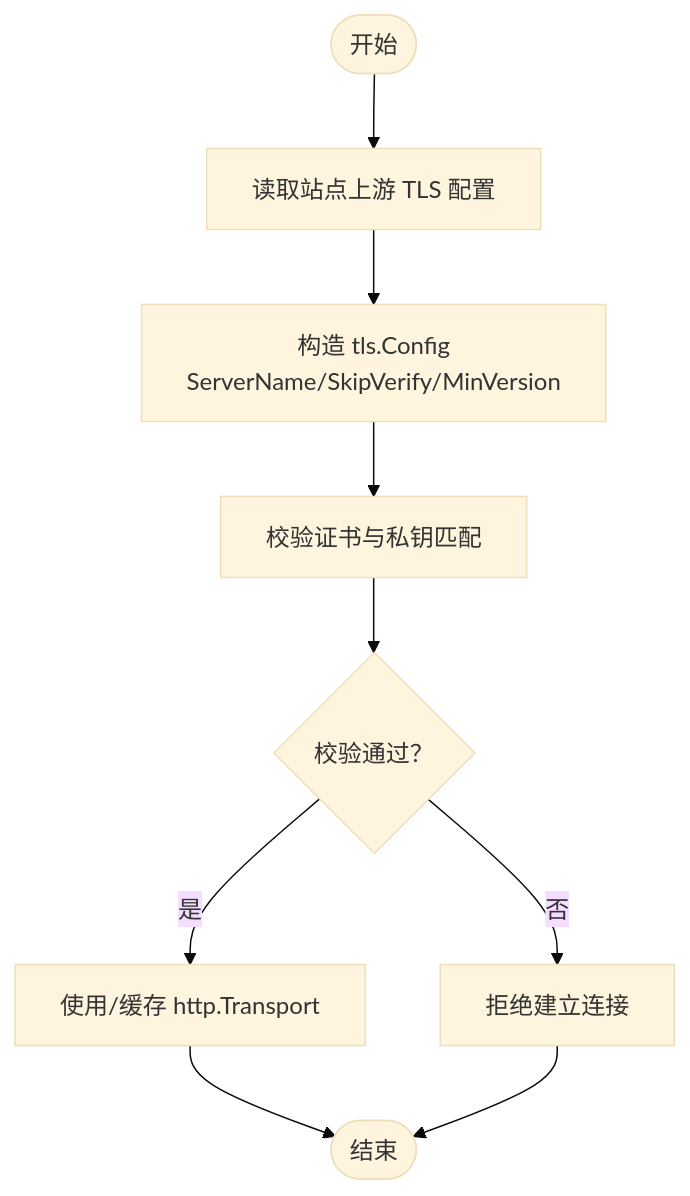
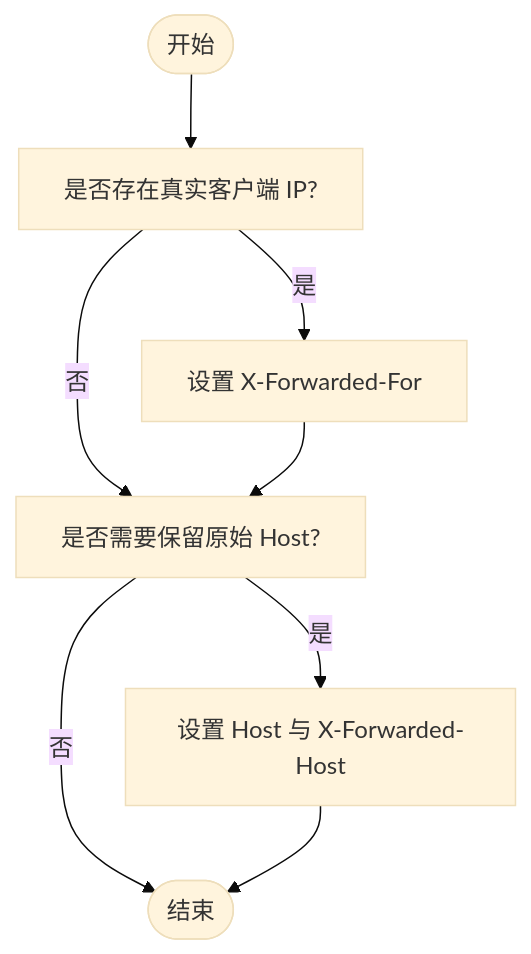
Before and after one commit to x01n/My-OpenWaf: the third of 8 diagrams in docs/安全机制/出站安全控制.md, drawn with Mermaid (base theme). The commit also changed other lines of this file and 199 other files, not shown here.

````diff
--- a/docs/安全机制/出站安全控制.md
+++ b/docs/安全机制/出站安全控制.md
@@ -172,11 +143,10 @@
 ```mermaid
 flowchart TD
-Start(["开始"]) --> CheckTLS["读取站点上游 TLS 配置"]
-CheckTLS --> BuildCfg["构造 tls.Config<br/>ServerName/SkipVerify/MinVersion"]
-BuildCfg --> VerifyCert["校验证书与私钥匹配"]
-VerifyCert --> OK{"校验通过？"}
-OK --> |是| UsePool["使用/缓存 http.Transport"]
-OK --> |否| Fail["拒绝建立连接"]
-UsePool --> End(["结束"])
-Fail --> End
+Start(["开始"]) --> CheckIP["是否存在真实客户端 IP?"]
+CheckIP --> |是| SetXFF["设置 X-Forwarded-For"]
+CheckIP --> |否| CheckPH["是否需要保留原始 Host?"]
+SetXFF --> CheckPH
+CheckPH --> |是| SetXFH["设置 Host 与 X-Forwarded-Host"]
+CheckPH --> |否| End(["结束"])
+SetXFH --> End
 ```
````
